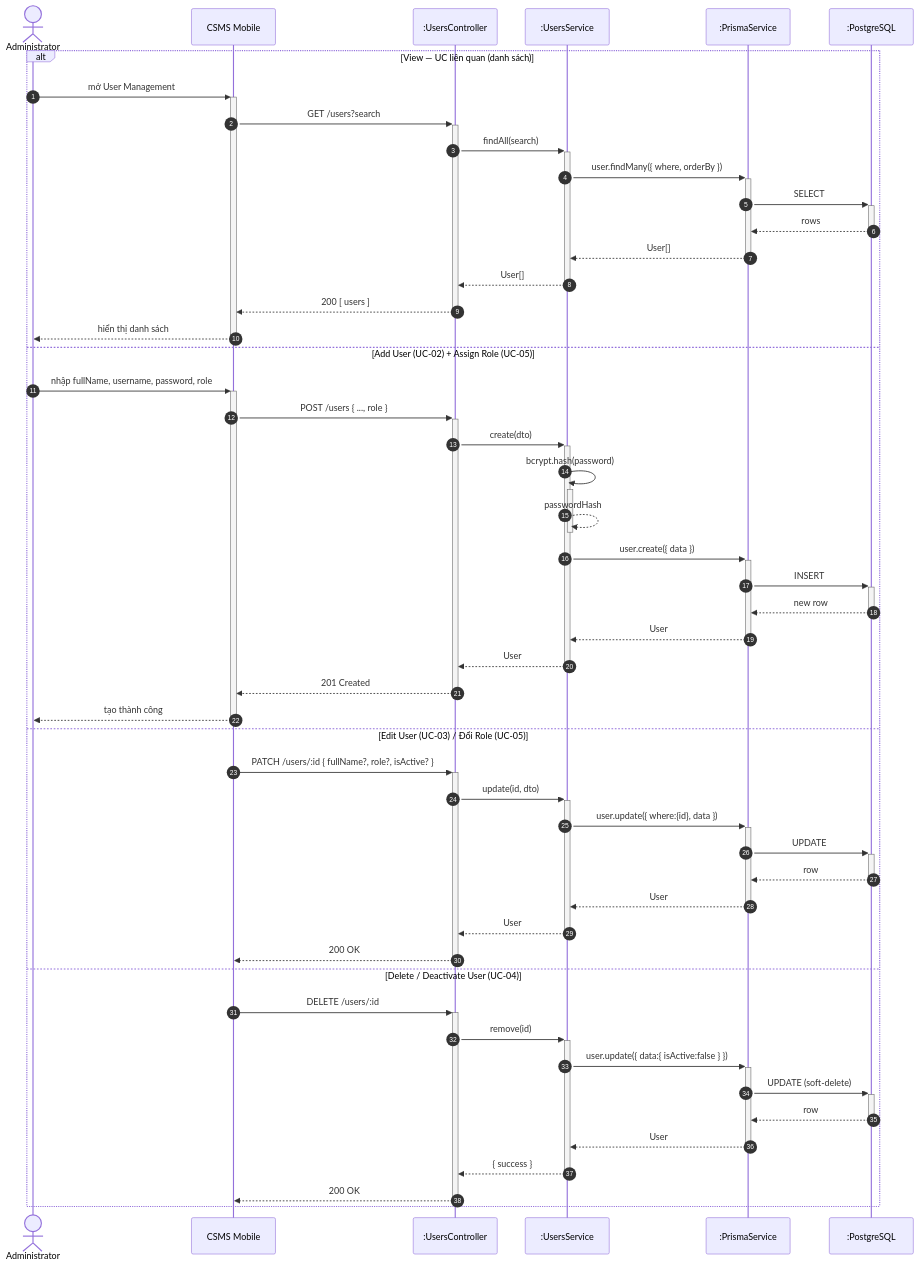
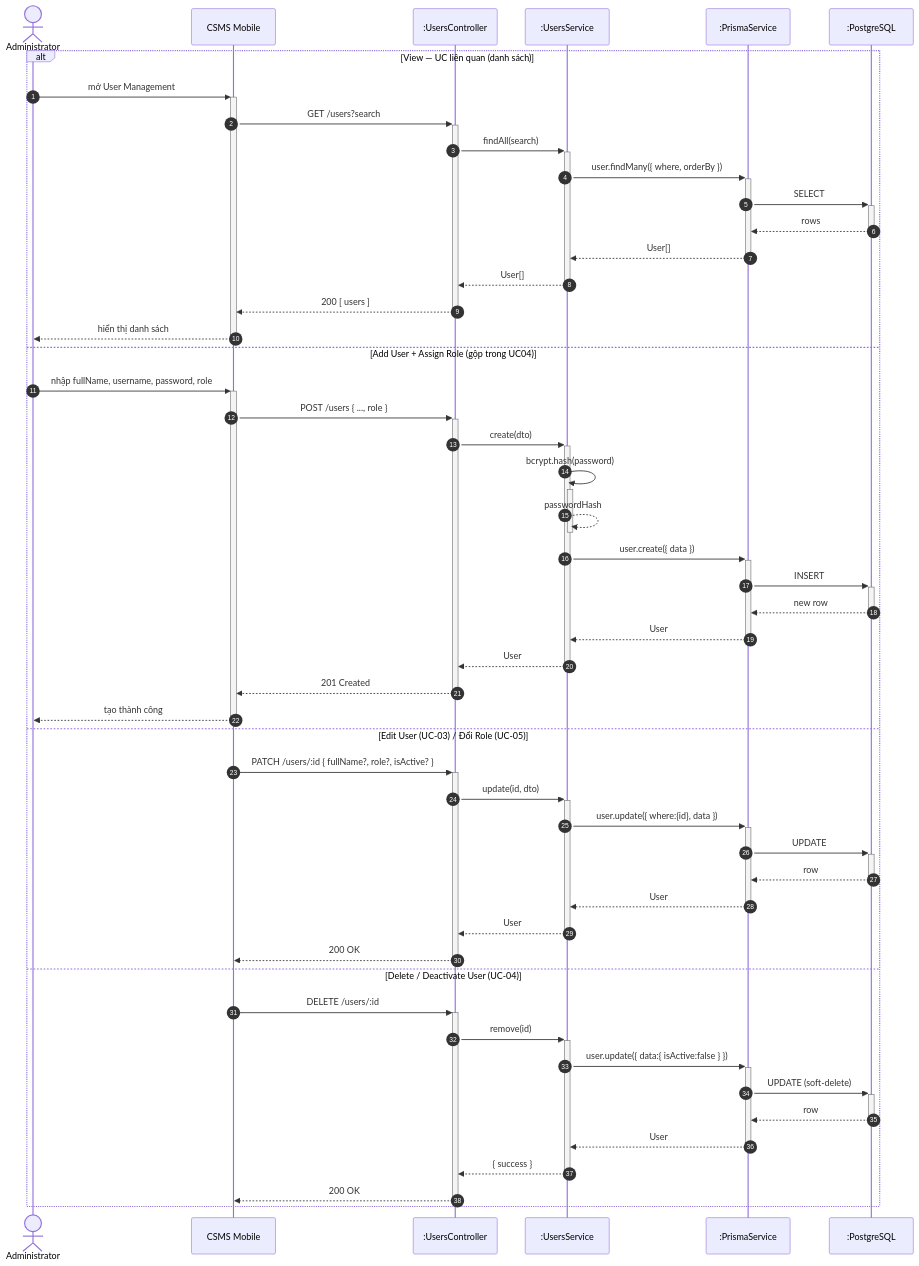
Before and after one commit to callmehai/Cafe-Shop-Management-System: the third of 17 diagrams in docs/sequence-diagrams.md, drawn with Mermaid. The commit also changed other lines of this file, not shown here.

Commit message:
docs: add sequence diagrams documenting backend flow and internal mobile app architecture

````diff
--- a/docs/sequence-diagrams.md
+++ b/docs/sequence-diagrams.md
@@ -147,54 +147,54 @@
 ```mermaid
 sequenceDiagram
     autonumber
     actor A as Administrator
     participant App as CSMS Mobile
     participant API as :UsersController
     participant SVC as :UsersService
     participant ORM as :PrismaService
     participant DB as :PostgreSQL
 
     alt View — UC liên quan (danh sách)
         A->>+App: mở User Management
         App->>+API: GET /users?search
         API->>+SVC: findAll(search)
         SVC->>+ORM: user.findMany({ where, orderBy })
         ORM->>+DB: SELECT
         DB-->>-ORM: rows
         ORM-->>-SVC: User[]
         SVC-->>-API: User[]
         API-->>-App: 200 [ users ]
         App-->>-A: hiển thị danh sách
-    else Add User (UC-02) + Assign Role (UC-05)
+    else Add User + Assign Role (gộp trong UC04)
         A->>+App: nhập fullName, username, password, role
         App->>+API: POST /users { ..., role }
         API->>+SVC: create(dto)
         SVC->>+SVC: bcrypt.hash(password)
         SVC-->>-SVC: passwordHash
         SVC->>+ORM: user.create({ data })
         ORM->>+DB: INSERT
         DB-->>-ORM: new row
         ORM-->>-SVC: User
         SVC-->>-API: User
         API-->>-App: 201 Created
         App-->>-A: tạo thành công
     else Edit User (UC-03) / Đổi Role (UC-05)
         App->>+API: PATCH /users/:id { fullName?, role?, isActive? }
         API->>+SVC: update(id, dto)
         SVC->>+ORM: user.update({ where:{id}, data })
         ORM->>+DB: UPDATE
         DB-->>-ORM: row
         ORM-->>-SVC: User
         SVC-->>-API: User
         API-->>-App: 200 OK
     else Delete / Deactivate User (UC-04)
         App->>+API: DELETE /users/:id
         API->>+SVC: remove(id)
         SVC->>+ORM: user.update({ data:{ isActive:false } })
         ORM->>+DB: UPDATE (soft-delete)
         DB-->>-ORM: row
         ORM-->>-SVC: User
         SVC-->>-API: { success }
         API-->>-App: 200 OK
     end
 ```
````
